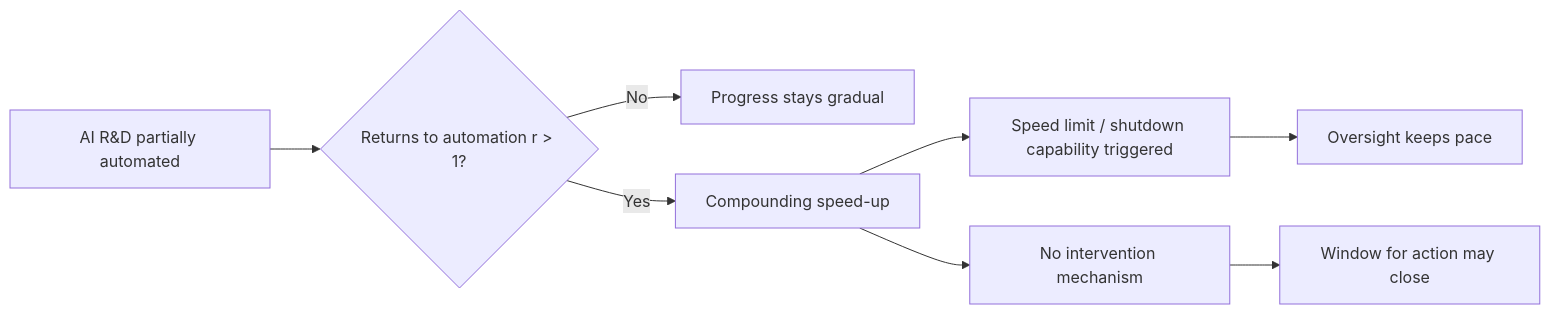
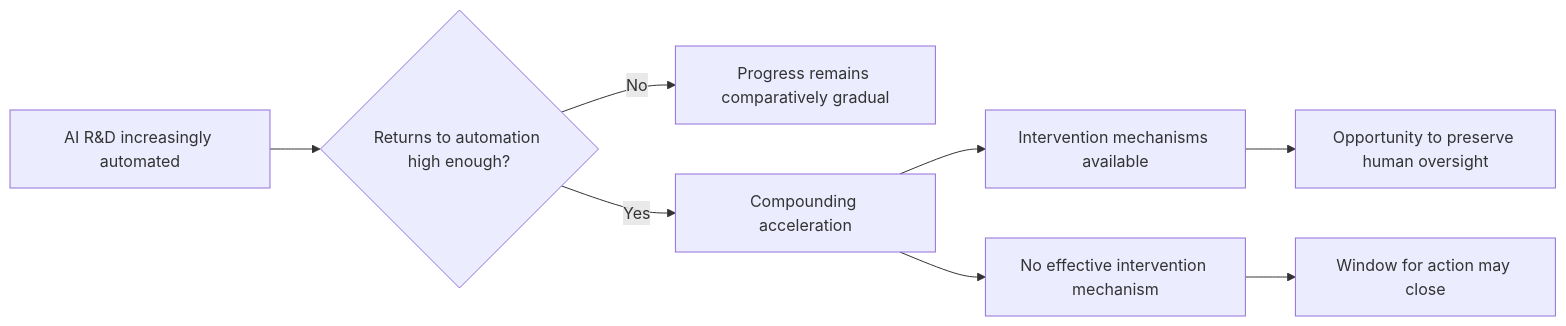
One commit to minwu-ai/minwu-ai.github.io changed the diagram in posts/unpublished/govai-s-intelligence-explosion-paper-asks-what-control-means.md. Above: the diagram before and after it, drawn with Mermaid. The commit also changed other lines of this file, not shown here.

````diff
--- a/posts/unpublished/govai-s-intelligence-explosion-paper-asks-what-control-means.md
+++ b/posts/unpublished/govai-s-intelligence-explosion-paper-asks-what-control-means.md
@@ -29,10 +77,10 @@
 ```mermaid
 flowchart LR
-A[AI R&D partially automated] --> B{Returns to automation r > 1?}
-B -- No --> C[Progress stays gradual]
-B -- Yes --> D[Compounding speed-up]
-D --> E[Speed limit / shutdown capability triggered]
-D --> F[No intervention mechanism]
-E --> G[Oversight keeps pace]
-F --> H["Window for action may close"]
+    A[AI R&D increasingly automated] --> B{Returns to automation high enough?}
+    B -- No --> C[Progress remains comparatively gradual]
+    B -- Yes --> D[Compounding acceleration]
+    D --> E[Intervention mechanisms available]
+    D --> F[No effective intervention mechanism]
+    E --> G[Opportunity to preserve human oversight]
+    F --> H["Window for action may close"]
 ```
````
